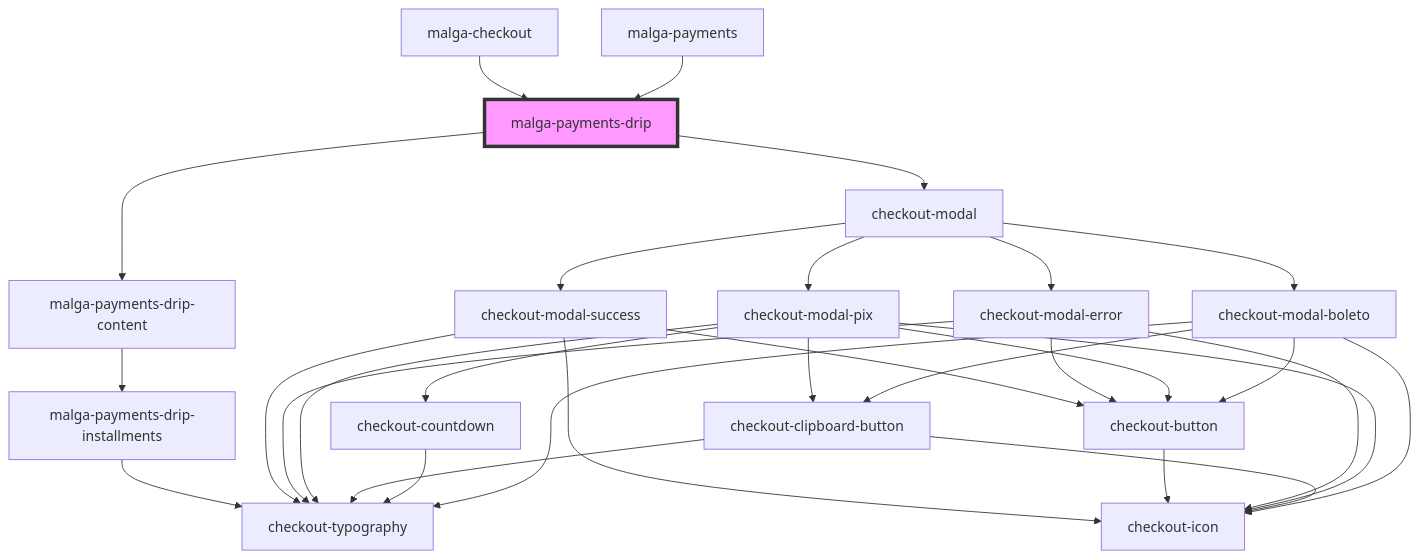
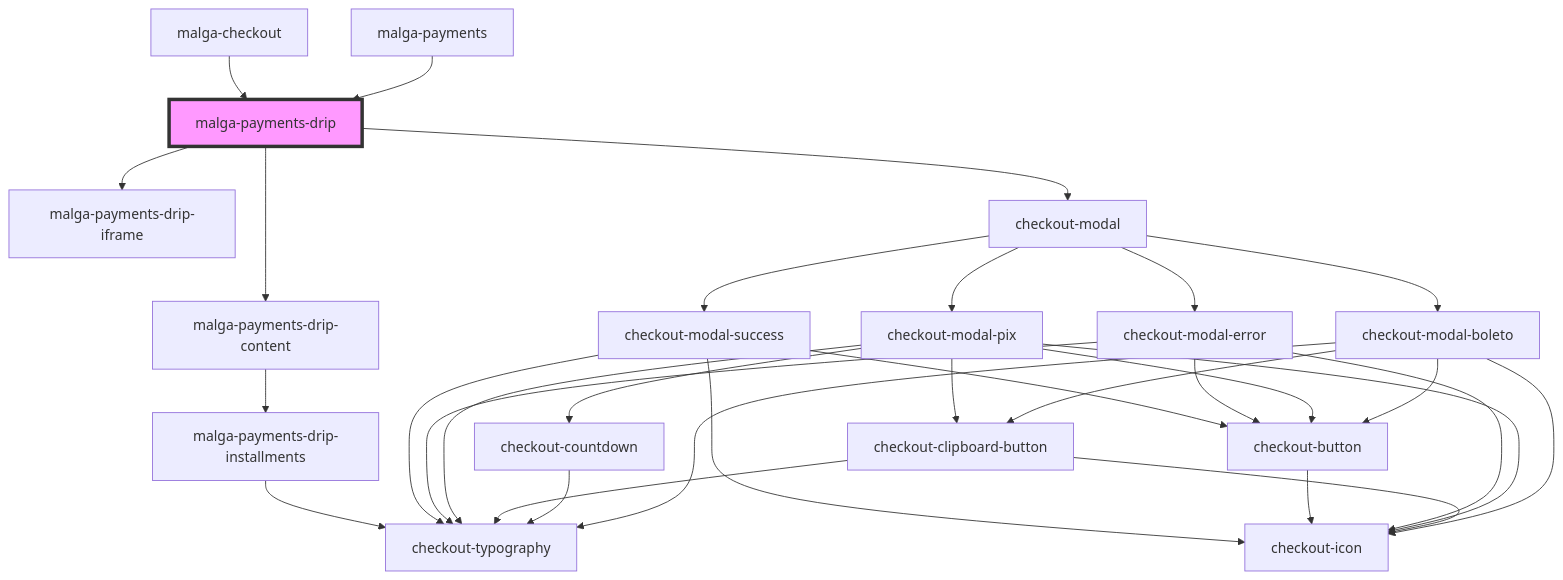
The diagram in packages/checkout/core/src/components/malga-payments-drip/readme.md (plughacker/malga-checkout), drawn with Mermaid before and after one commit. The commit also changed other lines of this file and 18 other files, not shown here.

````diff
--- a/packages/checkout/core/src/components/malga-payments-drip/readme.md
+++ b/packages/checkout/core/src/components/malga-payments-drip/readme.md
@@ -21,33 +22,34 @@
 ```mermaid
 graph TD;
   malga-payments-drip --> malga-payments-drip-content
+  malga-payments-drip --> malga-payments-drip-iframe
   malga-payments-drip --> checkout-modal
   malga-payments-drip-content --> malga-payments-drip-installments
   malga-payments-drip-installments --> checkout-typography
   checkout-modal --> checkout-modal-success
   checkout-modal --> checkout-modal-error
   checkout-modal --> checkout-modal-pix
   checkout-modal --> checkout-modal-boleto
   checkout-modal-success --> checkout-icon
   checkout-modal-success --> checkout-typography
   checkout-modal-success --> checkout-button
   checkout-button --> checkout-icon
   checkout-modal-error --> checkout-icon
   checkout-modal-error --> checkout-typography
   checkout-modal-error --> checkout-button
   checkout-modal-pix --> checkout-icon
   checkout-modal-pix --> checkout-typography
   checkout-modal-pix --> checkout-clipboard-button
   checkout-modal-pix --> checkout-button
   checkout-modal-pix --> checkout-countdown
   checkout-clipboard-button --> checkout-icon
   checkout-clipboard-button --> checkout-typography
   checkout-countdown --> checkout-typography
   checkout-modal-boleto --> checkout-icon
   checkout-modal-boleto --> checkout-typography
   checkout-modal-boleto --> checkout-clipboard-button
   checkout-modal-boleto --> checkout-button
   malga-checkout --> malga-payments-drip
   malga-payments --> malga-payments-drip
   style malga-payments-drip fill:#f9f,stroke:#333,stroke-width:4px
 ```
````
